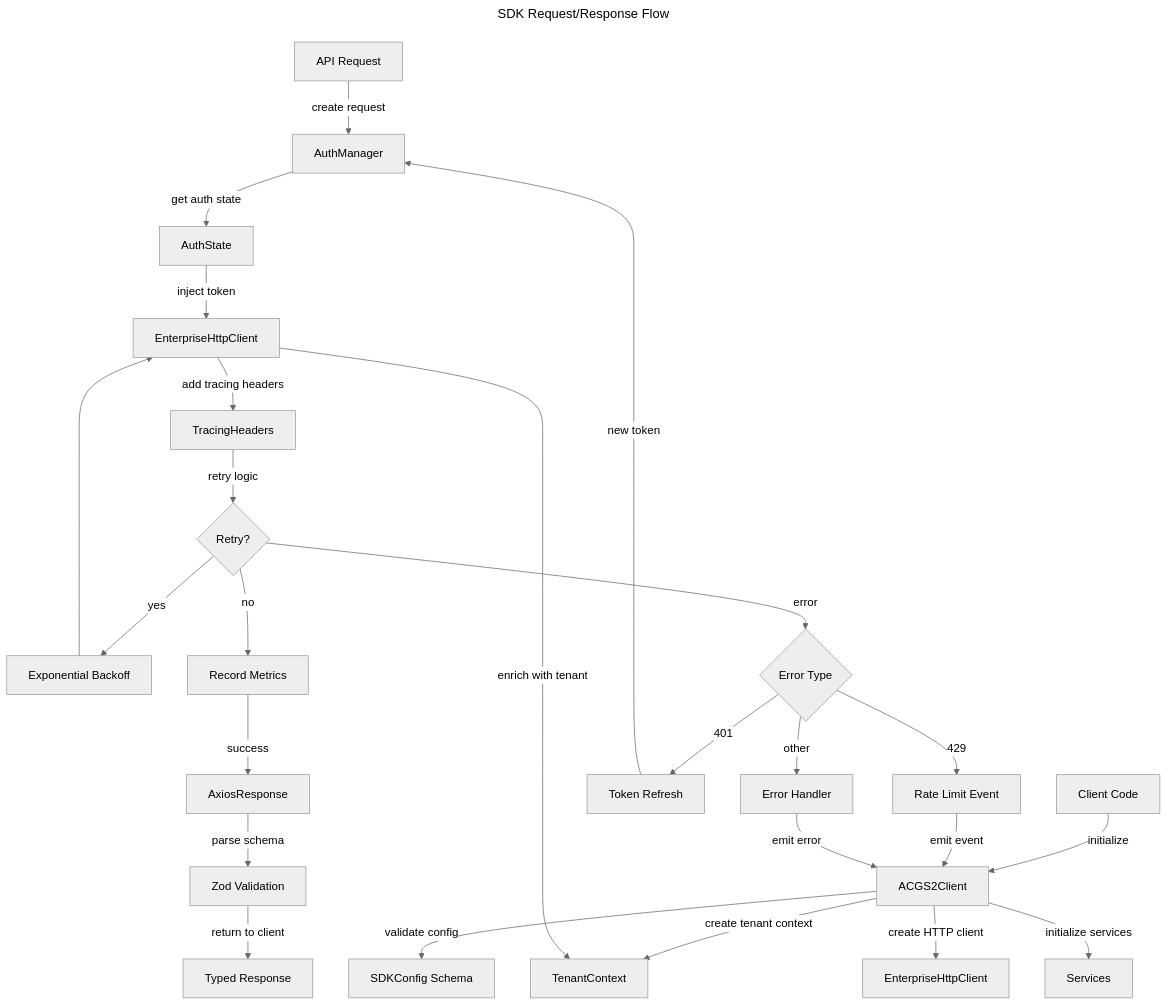
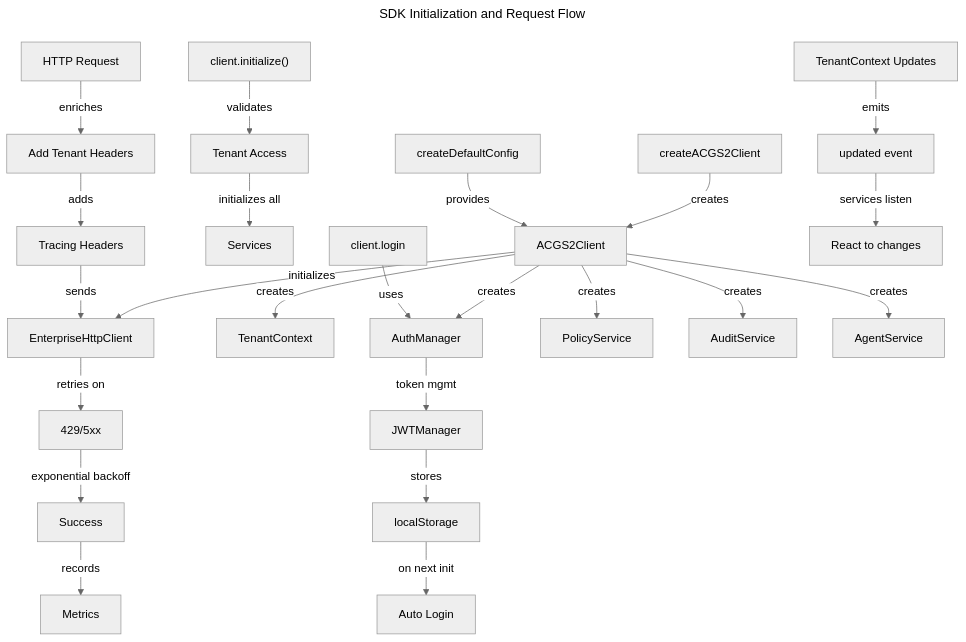
The second of 2 diagrams in C4-Documentation/c4-code-typescript-sdk.md (dislovelhl/acgs2), drawn with Mermaid (neutral theme) before and after one commit. The commit also changed other lines of this file and 1544 other files, not shown here.

````diff
--- a/C4-Documentation/c4-code-typescript-sdk.md
+++ b/C4-Documentation/c4-code-typescript-sdk.md
@@ -751,32 +747,33 @@
 ```mermaid
 ---
-title: SDK Request/Response Flow
+title: SDK Initialization and Request Flow
 ---
 flowchart TD
-    A[Client Code] -->|initialize| B[ACGS2Client]
-    B -->|validate config| C[SDKConfig Schema]
-    B -->|create HTTP client| D[EnterpriseHttpClient]
-    B -->|create tenant context| E[TenantContext]
-    B -->|initialize services| F[Services]
+    A[createACGS2Client] -->|creates| B[ACGS2Client]
+    C[createDefaultConfig] -->|provides| B
 
-    G[API Request] -->|create request| H[AuthManager]
-    H -->|get auth state| I[AuthState]
-    I -->|inject token| J[EnterpriseHttpClient]
-    J -->|enrich with tenant| E
-    J -->|add tracing headers| K[TracingHeaders]
-    K -->|retry logic| L{Retry?}
-    L -->|yes| M[Exponential Backoff]
-    M --> J
-    L -->|no| N[Record Metrics]
-    N -->|success| O[AxiosResponse]
-    O -->|parse schema| P[Zod Validation]
-    P -->|return to client| Q[Typed Response]
+    B -->|initializes| D[EnterpriseHttpClient]
+    B -->|creates| E[TenantContext]
+    B -->|creates| F[AuthManager]
+    B -->|creates| G[PolicyService]
+    B -->|creates| H[AuditService]
+    B -->|creates| I[AgentService]
 
-    L -->|error| R{Error Type}
-    R -->|401| S[Token Refresh]
-    S -->|new token| H
-    R -->|429| T[Rate Limit Event]
-    T -->|emit event| B
-    R -->|other| U[Error Handler]
-    U -->|emit error| B
+    J["client.initialize()"] -->|validates| K[Tenant Access]
+    K -->|initializes all| L[Services]
+
+    M["client.login"] -->|uses| F
+    F -->|token mgmt| N[JWTManager]
+    N -->|stores| O[localStorage]
+    O -->|on next init| P[Auto Login]
+
+    Q["HTTP Request"] -->|enriches| R[Add Tenant Headers]
+    R -->|adds| S[Tracing Headers]
+    S -->|sends| D
+    D -->|retries on| T[429/5xx]
+    T -->|exponential backoff| U[Success]
+    U -->|records| V[Metrics]
+
+    W[TenantContext Updates] -->|emits| X["updated event"]
+    X -->|services listen| Y[React to changes]
 ```
````
